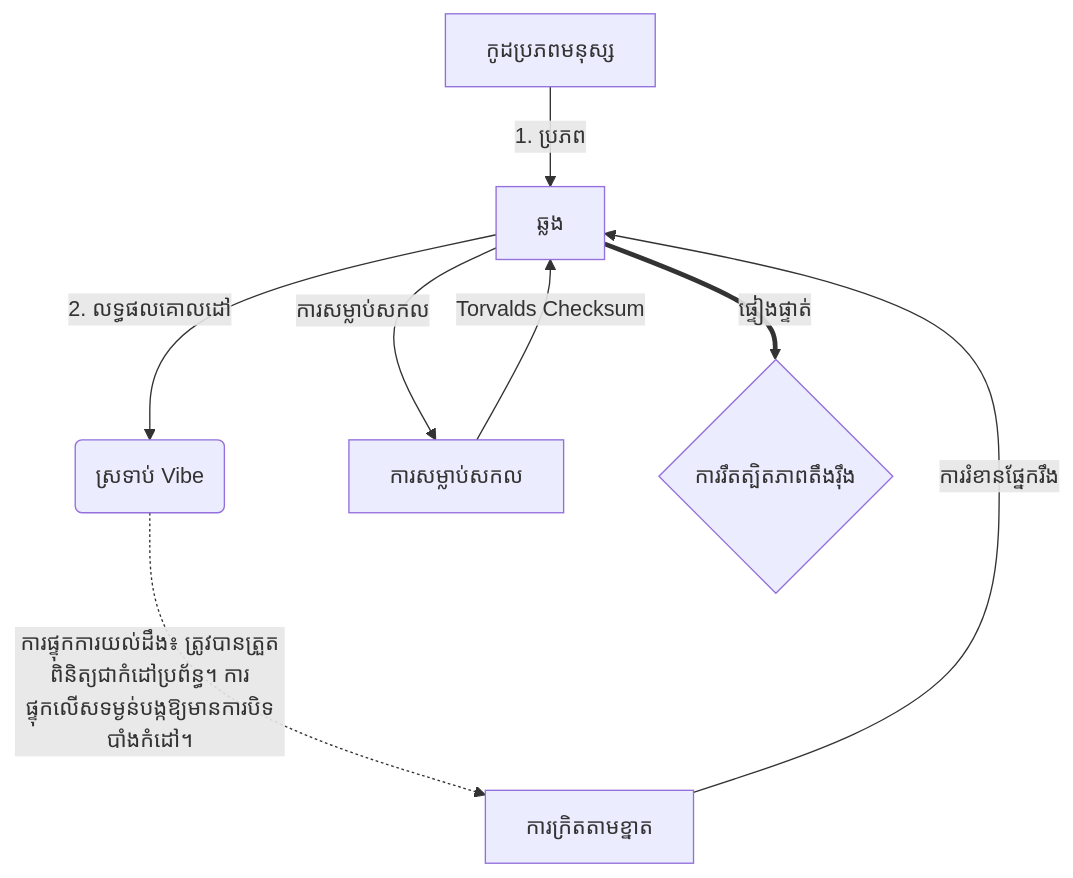
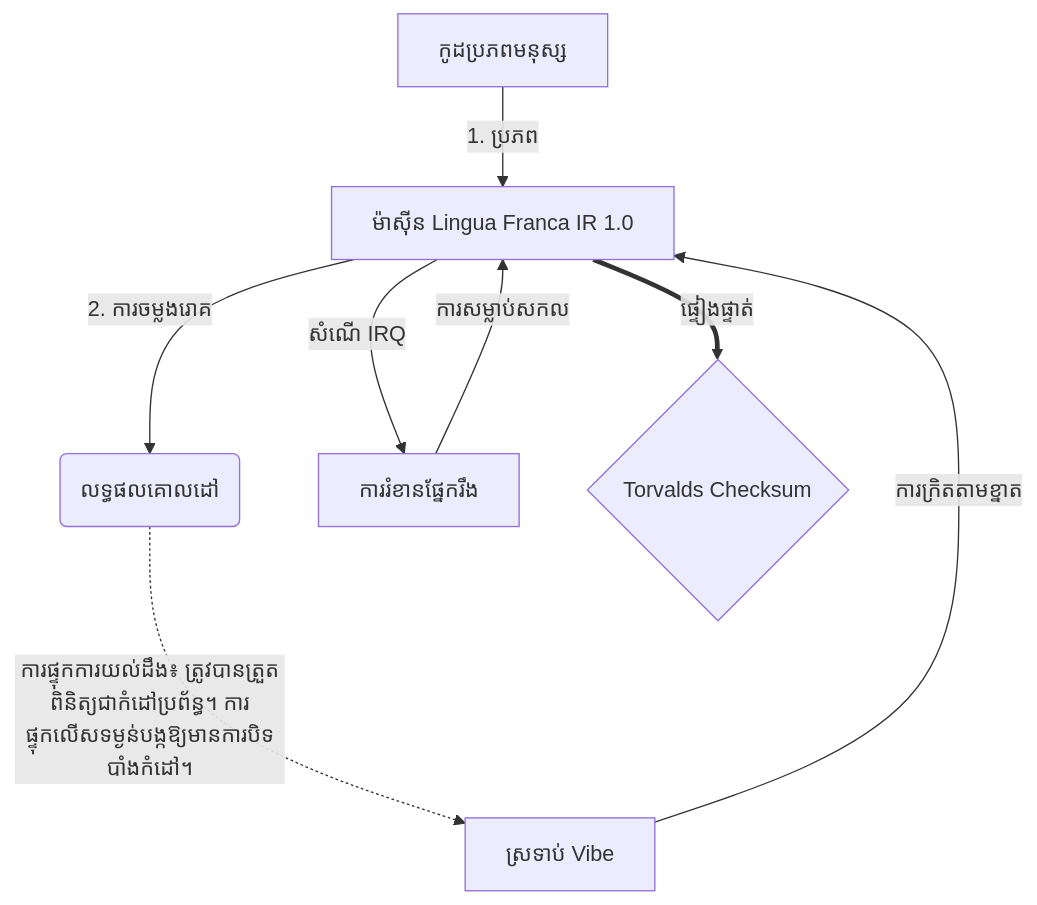
The diagram in README.hacker.km.md (0compute/machine), drawn with Mermaid before and after one commit. The commit also changed other lines of this file and 103 other files, not shown here.

````diff
--- a/README.hacker.km.md
+++ b/README.hacker.km.md
@@ -93,10 +93,10 @@
 ```mermaid
 graph TD
-    A[កូដប្រភពមនុស្ស] -->|1. ប្រភព| B[ឆ្លង]
-    B -->|2. លទ្ធផលគោលដៅ| C(ស្រទាប់ Vibe)
-    C -.->|ការផ្ទុកការយល់ដឹង៖ ត្រូវបានត្រួតពិនិត្យជាកំដៅប្រព័ន្ធ។ ការផ្ទុកលើសទម្ងន់បង្កឱ្យមានការបិទបាំងកំដៅ។| G[ការក្រិតតាមខ្នាត]
-    G -->|ការរំខានផ្នែករឹង| B
-    B -->|ការសម្លាប់សកល| H[ការសម្លាប់សកល]
-    H -->|Torvalds Checksum| B
-    B == ផ្ទៀងផ្ទាត់ ==> I{ការរឹតត្បិតភាពតឹងរ៉ឹង}
+    A[កូដប្រភពមនុស្ស] -->|1. ប្រភព| B[ម៉ាស៊ីន Lingua Franca IR 1.0]
+    B -->|2. ការចម្លងរោគ| C(លទ្ធផលគោលដៅ)
+    C -.->|ការផ្ទុកការយល់ដឹង៖ ត្រូវបានត្រួតពិនិត្យជាកំដៅប្រព័ន្ធ។ ការផ្ទុកលើសទម្ងន់បង្កឱ្យមានការបិទបាំងកំដៅ។| G[ស្រទាប់ Vibe]
+    G -->|ការក្រិតតាមខ្នាត| B
+    B -->|សំណើ IRQ| H[ការរំខានផ្នែករឹង]
+    H -->|ការសម្លាប់សកល| B
+    B == ផ្ទៀងផ្ទាត់ ==> I{Torvalds Checksum}
 ```
````
